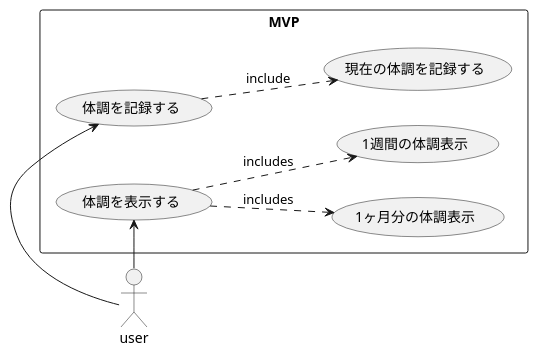
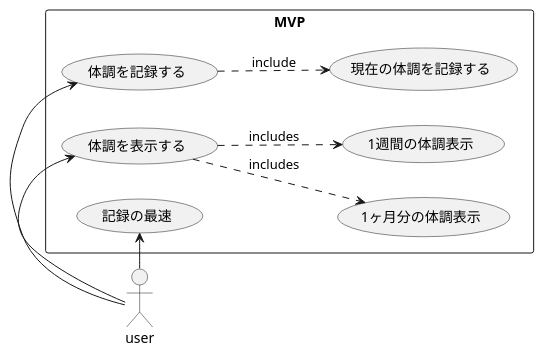
Before and after one commit to suzuki-mar/sst_api: the diagram in docs/diagram/usecase.pu, drawn with PlantUML. The commit also changed 87 other files, not shown here.

```diff
--- a/docs/diagram/usecase.pu
+++ b/docs/diagram/usecase.pu
@@ -1,14 +1,15 @@
 @startuml
 left to right direction
 
 actor user 
 
 rectangle MVP {
   :user:->(体調を記録する)
   (体調を記録する)-down.>(現在の体調を記録する):include
    :user:-> (体調を表示する)
   (体調を表示する) -down.> (1ヶ月分の体調表示) :includes
   (体調を表示する)-down.> (1週間の体調表示) :includes
+  :user:->(記録の最速)
 }
 
 @enduml
```
